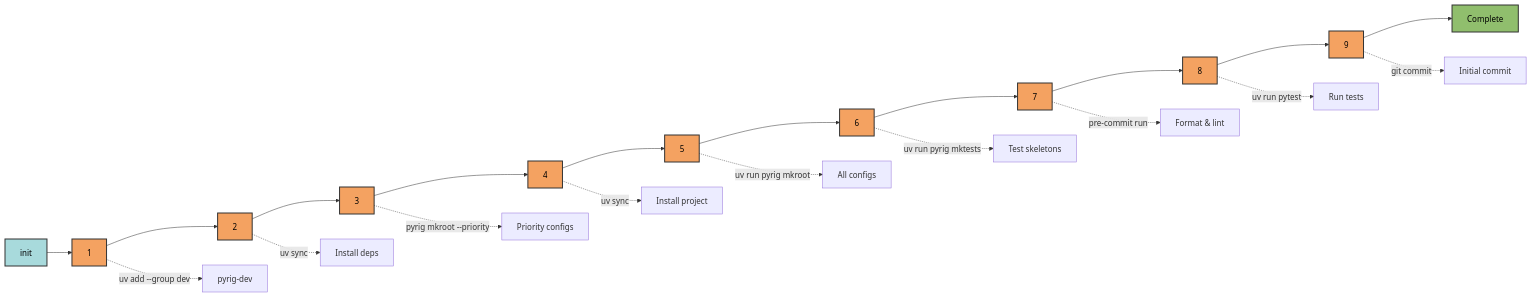
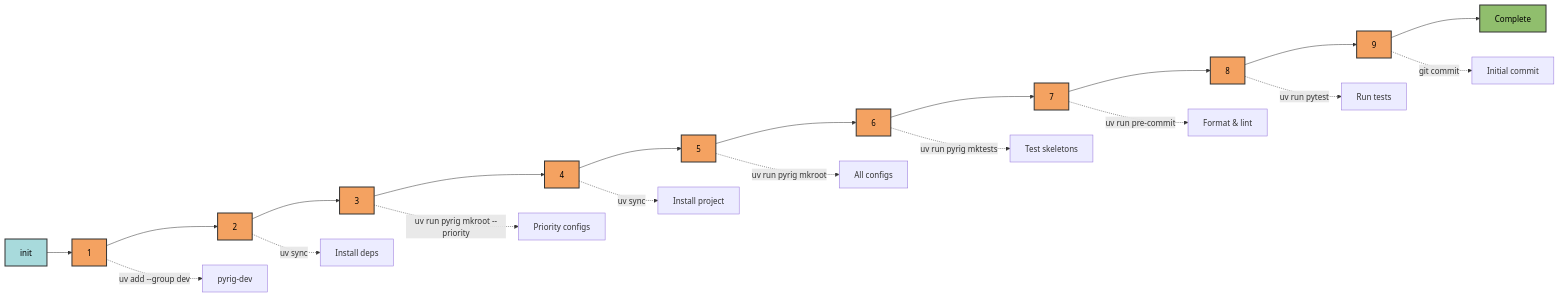
One commit to Winipedia/pyrig changed the diagram in docs/cli/commands/init.md. Above: the diagram before and after it, drawn with Mermaid. The commit also changed other lines of this file and 4 other files, not shown here.

````diff
--- a/docs/cli/commands/init.md
+++ b/docs/cli/commands/init.md
@@ -22,35 +22,35 @@
 ```mermaid
 graph LR
     A[init] --> B[1]
     B --> C[2]
     C --> D[3]
     D --> E[4]
     E --> F[5]
     F --> G[6]
     G --> H[7]
     H --> I[8]
     I --> J[9]
     J --> K[Complete]
 
     B -.->|uv add --group dev| B1[pyrig-dev]
     C -.->|uv sync| C1[Install deps]
-    D -.->|pyrig mkroot --priority| D1[Priority configs]
+    D -.->|uv run pyrig mkroot --priority| D1[Priority configs]
     E -.->|uv sync| E1[Install project]
     F -.->|uv run pyrig mkroot| F1[All configs]
     G -.->|uv run pyrig mktests| G1[Test skeletons]
-    H -.->|pre-commit run| H1[Format & lint]
+    H -.->|uv run pre-commit| H1[Format & lint]
     I -.->|uv run pytest| I1[Run tests]
     J -.->|git commit| J1[Initial commit]
 
     style A fill:#a8dadc,stroke:#333,stroke-width:2px,color:#000
     style B fill:#f4a261,stroke:#333,stroke-width:2px,color:#000
     style C fill:#f4a261,stroke:#333,stroke-width:2px,color:#000
     style D fill:#f4a261,stroke:#333,stroke-width:2px,color:#000
     style E fill:#f4a261,stroke:#333,stroke-width:2px,color:#000
     style F fill:#f4a261,stroke:#333,stroke-width:2px,color:#000
     style G fill:#f4a261,stroke:#333,stroke-width:2px,color:#000
     style H fill:#f4a261,stroke:#333,stroke-width:2px,color:#000
     style I fill:#f4a261,stroke:#333,stroke-width:2px,color:#000
     style J fill:#f4a261,stroke:#333,stroke-width:2px,color:#000
     style K fill:#90be6d,stroke:#333,stroke-width:2px,color:#000
 ```
````
